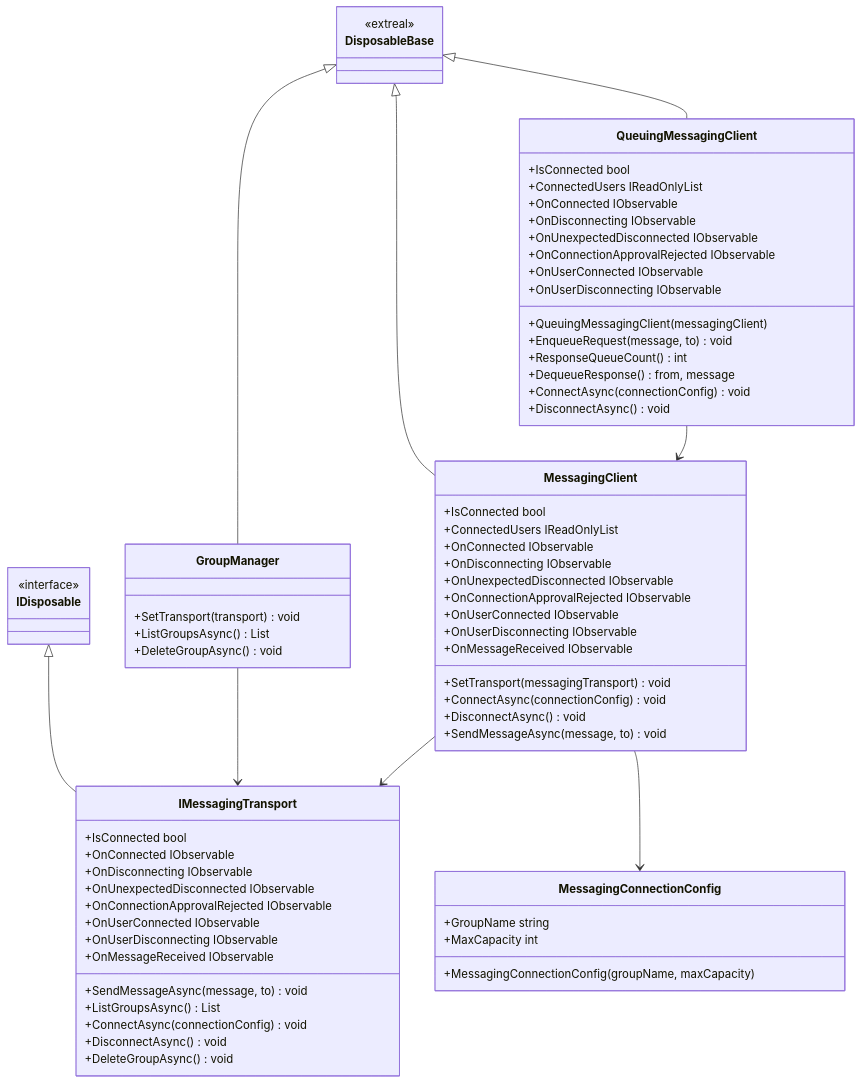
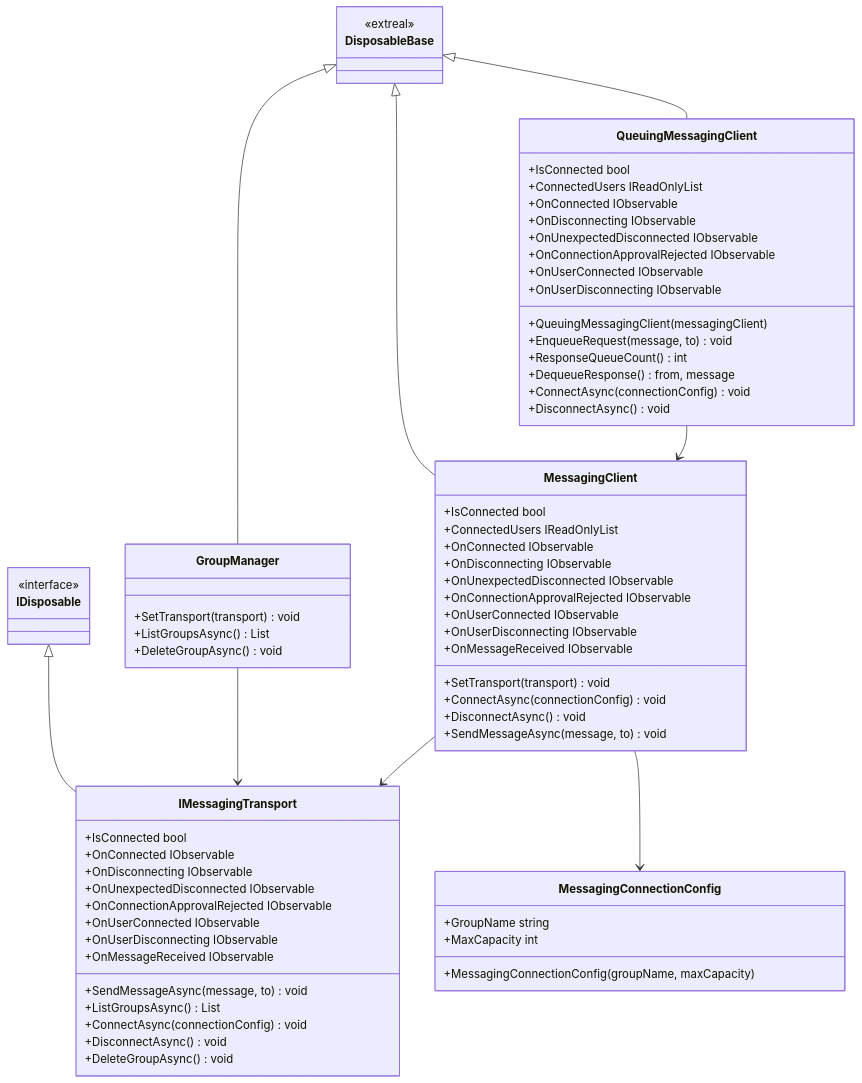
One commit to extreal-dev/Extreal.Guide changed the diagram in docs/integration/messaging.common.md. Above: the diagram before and after it, drawn with Mermaid. The commit also changed 1 other file, not shown here.

Commit message:
Modify architecture of modules

```diff
--- a/docs/integration/messaging.common.md
+++ b/docs/integration/messaging.common.md
@@ -61,7 +61,7 @@
         +OnUserDisconnecting IObservable
         +OnMessageReceived IObservable
 
-        +SetTransport(messagingTransport) void
+        +SetTransport(transport) void
         +ConnectAsync(connectionConfig) void
         +DisconnectAsync() void
         +SendMessageAsync(message, to) void
```
